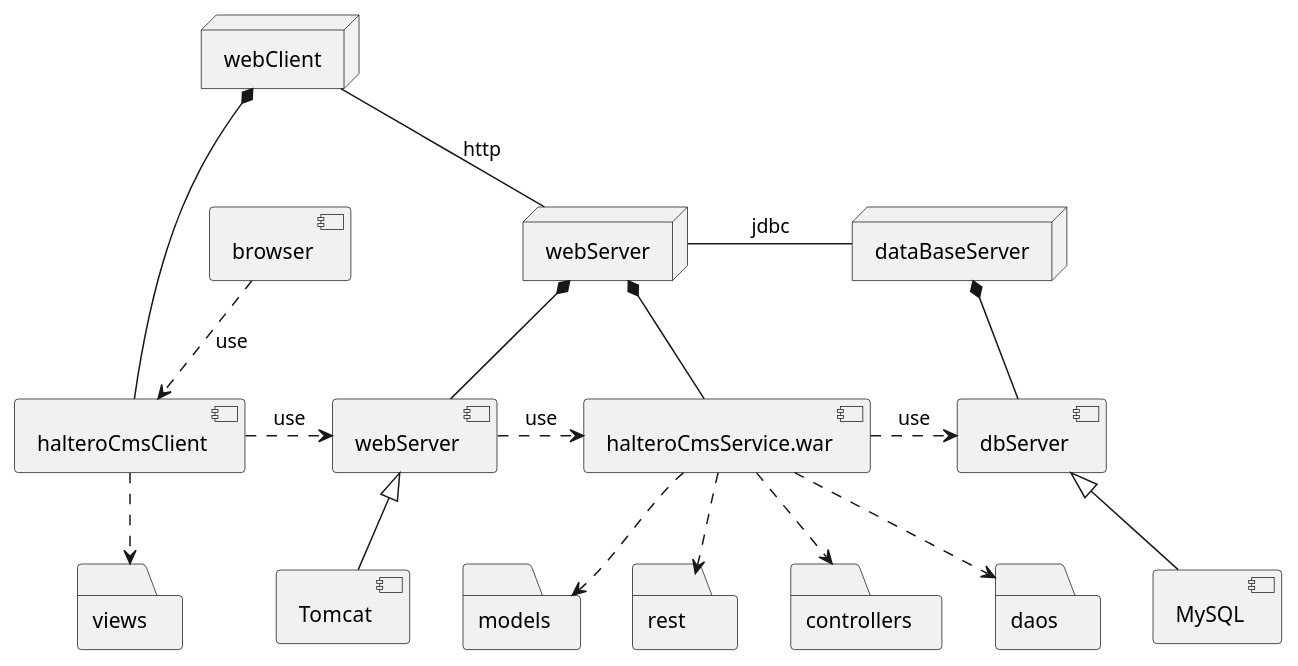
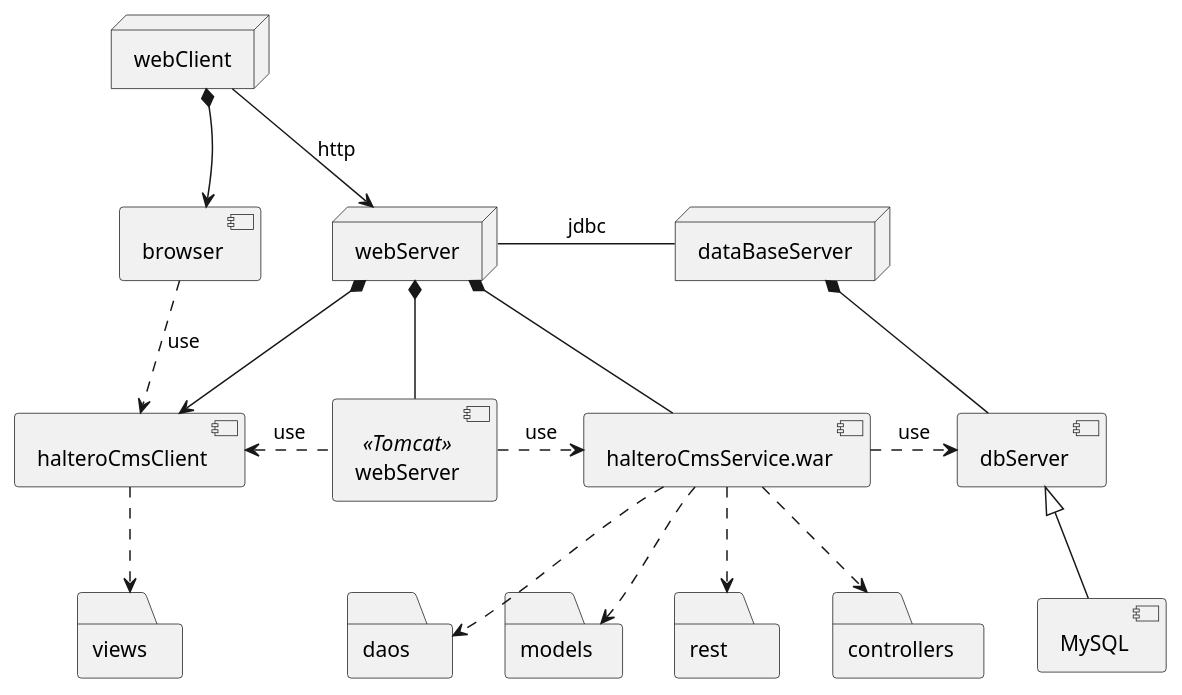
Before and after one commit to zuldare/mastercloud_pfm_halterocms: the diagram in documentation/diagrams/3_design/deployment.puml, drawn with PlantUML. The commit also changed 2 other files, not shown here.

```diff
--- a/documentation/diagrams/3_design/deployment.puml
+++ b/documentation/diagrams/3_design/deployment.puml
@@ -1,43 +1,49 @@
 @startuml
+'REVISAR Y PONER DIRECCIONES EN LAS FLECHAS
+'OJO CON LOS NOMBRES
+' TENEMOS QUE REVISARLO MAS CONCIENZUDAMENTE
+
+
 node webClient
 node webServer
 node dataBaseServer
 component browser
 component halteroCmsClient
-component "webServer" as webServerComponent
-component Tomcat
+component "webServer" <<Tomcat>> as webServerComponent
+
 component halteroCmsService.war
 component dbServer
 component MySQL
 
 folder views
 
 folder rest
 folder controllers
 folder daos
 folder models
 
-webClient -r- webServer : http
+webClient -r-> webServer : http
 webClient -[hidden]- browser
-webClient *-d- halteroCmsClient
+webServer *-d-> halteroCmsClient
 
+
+webClient *--> browser
 webServer -r- dataBaseServer : jdbc
 webServer *-- webServerComponent
 webServerComponent .r.> halteroCmsService.war : use
-webServerComponent <|-- Tomcat
 webServer *-- halteroCmsService.war
 
 dataBaseServer *-- dbServer
 dbServer <|-- MySQL
 
 browser ..> halteroCmsClient : use
-halteroCmsClient .r.> webServerComponent : use
+halteroCmsClient <.r. webServerComponent : use
 halteroCmsClient ..> views
 halteroCmsService.war .r.> dbServer : use
 
 halteroCmsService.war ..> rest
 halteroCmsService.war ..> controllers
 halteroCmsService.war ..> daos
 halteroCmsService.war ..> models
 
 @enduml
```
